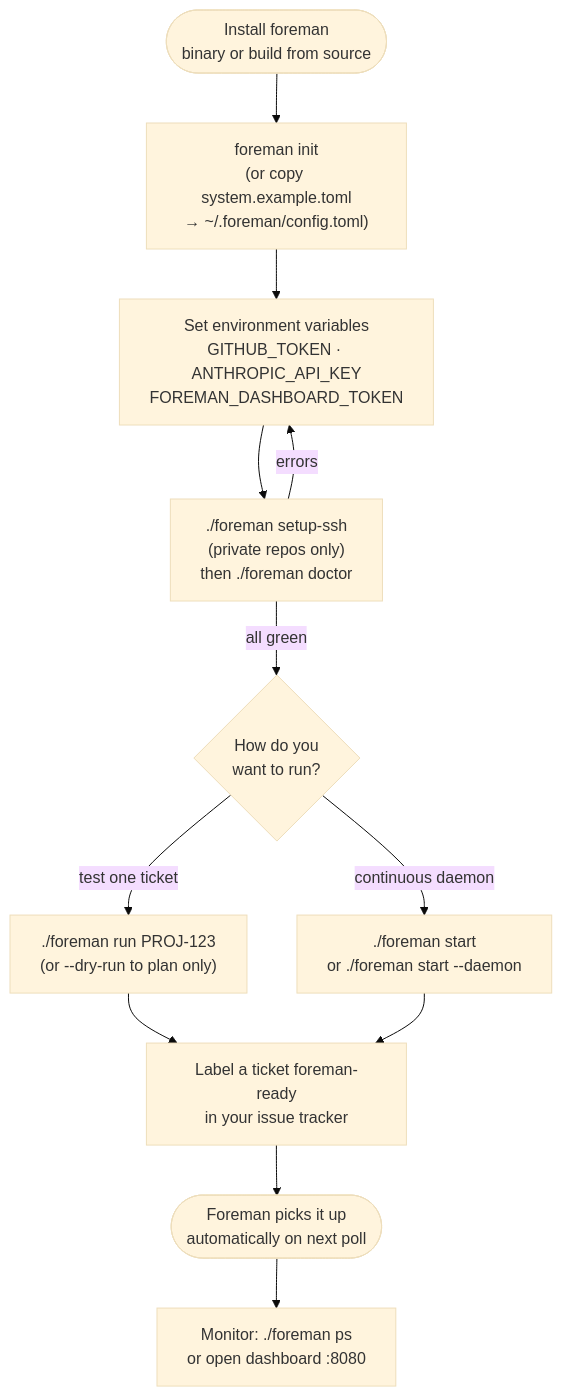
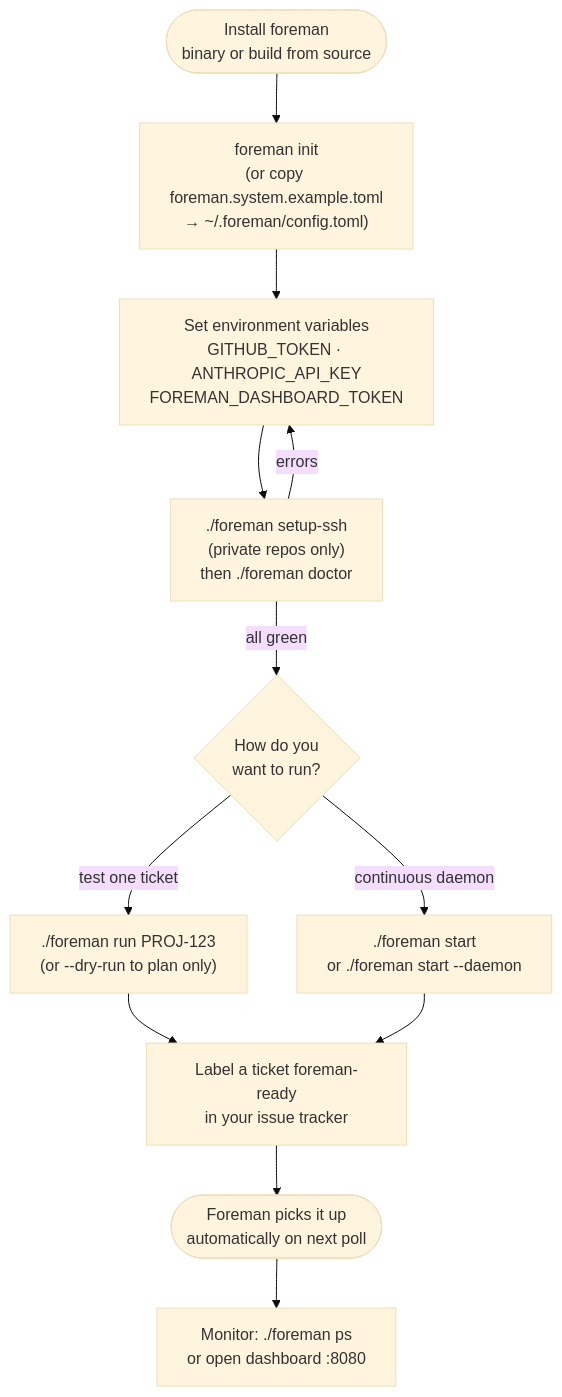
One commit to canhta/foreman changed the diagram in docs/getting-started.md. Above: the diagram before and after it, drawn with Mermaid (base theme). The commit also changed other lines of this file and 12 other files, not shown here.

````diff
--- a/docs/getting-started.md
+++ b/docs/getting-started.md
@@ -105,16 +104,16 @@
 ```mermaid
 flowchart TD
-    A([Install foreman<br/>binary or build from source]) --> B["foreman init<br/>(or copy system.example.toml<br/>→ ~/.foreman/config.toml)"]
+    A([Install foreman<br/>binary or build from source]) --> B["foreman init<br/>(or copy foreman.system.example.toml<br/>→ ~/.foreman/config.toml)"]
     B --> C["Set environment variables<br/>GITHUB_TOKEN · ANTHROPIC_API_KEY<br/>FOREMAN_DASHBOARD_TOKEN"]
     C --> D["./foreman setup-ssh<br/>(private repos only)<br/>then ./foreman doctor"]
     D -- "errors" --> C
     D -- "all green" --> E{How do you<br/>want to run?}
 
     E -- "test one ticket" --> F["./foreman run PROJ-123<br/>(or --dry-run to plan only)"]
     E -- "continuous daemon" --> G["./foreman start<br/>or ./foreman start --daemon"]
 
     F --> H["Label a ticket foreman-ready<br/>in your issue tracker"]
     G --> H
     H --> I(["Foreman picks it up<br/>automatically on next poll"])
     I --> J["Monitor: ./foreman ps<br/>or open dashboard :8080"]
 ```
````
